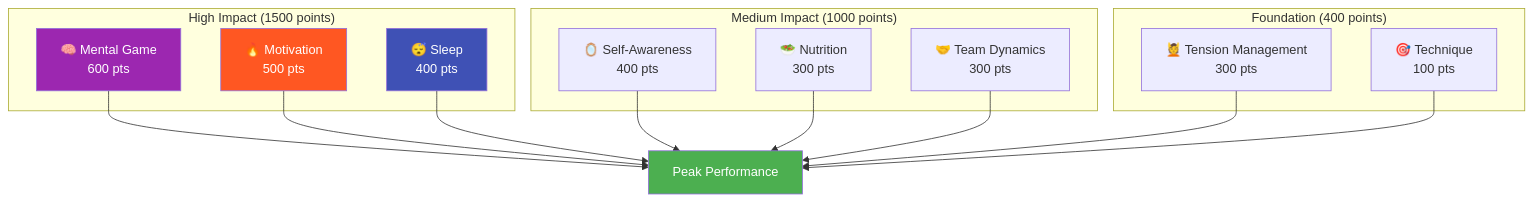
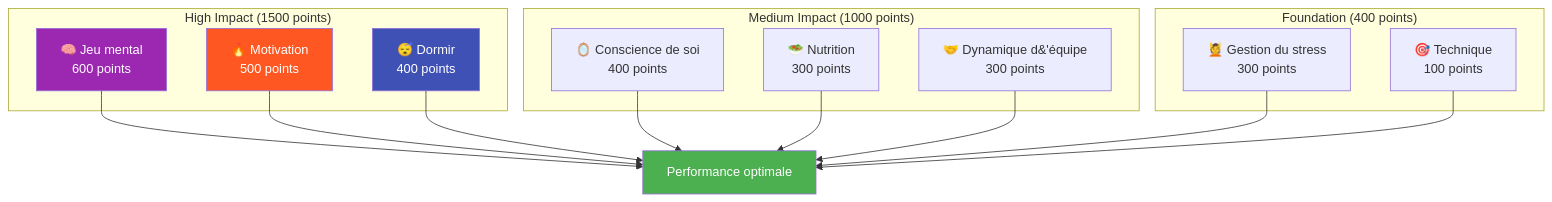
Before and after one commit to patwii/petanque-academy: the diagram in docs/fr/ambition.md, drawn with Mermaid. The commit also changed other lines of this file and 550 other files, not shown here.

````diff
--- a/docs/fr/ambition.md
+++ b/docs/fr/ambition.md
@@ -13,33 +13,33 @@
 ```mermaid
 graph TD
     subgraph "High Impact (1500 points)"
-        A[🧠 Mental Game<br/>600 pts]
-        B[🔥 Motivation<br/>500 pts]
-        C[😴 Sleep<br/>400 pts]
+        A[🧠 Jeu mental <br/> 600 points]
+        B[🔥 Motivation <br/> 500 points]
+        C[😴 Dormir <br/> 400 points]
     end
 
     subgraph "Medium Impact (1000 points)"
-        D[🪞 Self-Awareness<br/>400 pts]
-        E[🥗 Nutrition<br/>300 pts]
-        F[🤝 Team Dynamics<br/>300 pts]
+        D[🪞 Conscience de soi <br/> 400 points]
+        E[🥗 Nutrition <br/> 300 points]
+        F[🤝 Dynamique d&#39;équipe <br/> 300 points]
     end
 
     subgraph "Foundation (400 points)"
-        G[💆 Tension Management<br/>300 pts]
-        H[🎯 Technique<br/>100 pts]
+        G[💆 Gestion du stress <br/> 300 points]
+        H[🎯 Technique <br/> 100 points]
     end
 
-    A --> I[Peak Performance]
+    A --> I[Performance optimale]
     B --> I
     C --> I
     D --> I
     E --> I
     F --> I
     G --> I
     H --> I
 
     style A fill:#9C27B0,color:#fff
     style B fill:#FF5722,color:#fff
     style C fill:#3F51B5,color:#fff
     style I fill:#4CAF50,color:#fff
 ```
````
